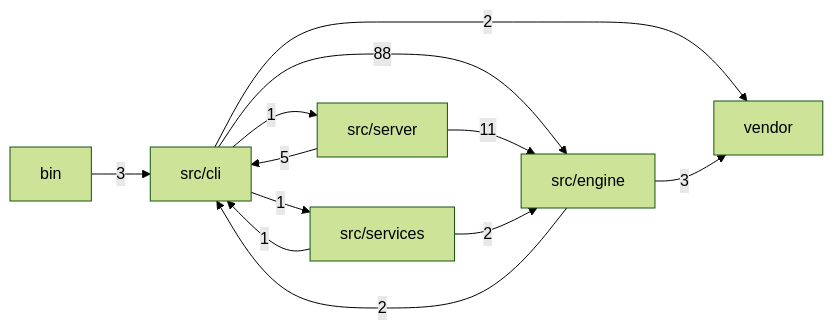
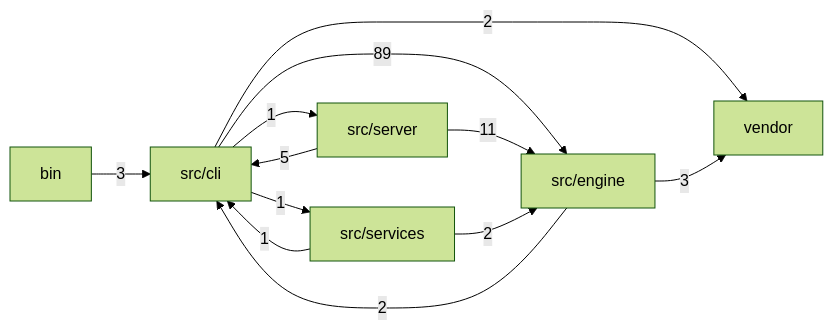
Before and after one commit to mgillr/memev: the first of 2 diagrams in docs/MODULES.md, drawn with Mermaid (forest theme). The commit also changed other lines of this file and 7 other files, not shown here.

````diff
--- a/docs/MODULES.md
+++ b/docs/MODULES.md
@@ -11,20 +11,20 @@
 ```mermaid
 flowchart LR
   bin["bin"]
   cli["src/cli"]
   engine["src/engine"]
   server["src/server"]
   services["src/services"]
   vendor["vendor"]
   bin -->|"3"| cli
-  cli -->|"88"| engine
+  cli -->|"89"| engine
   cli -->|"1"| server
   cli -->|"1"| services
   cli -->|"2"| vendor
   engine -->|"2"| cli
   engine -->|"3"| vendor
   server -->|"5"| cli
   server -->|"11"| engine
   services -->|"1"| cli
   services -->|"2"| engine
 ```
````
